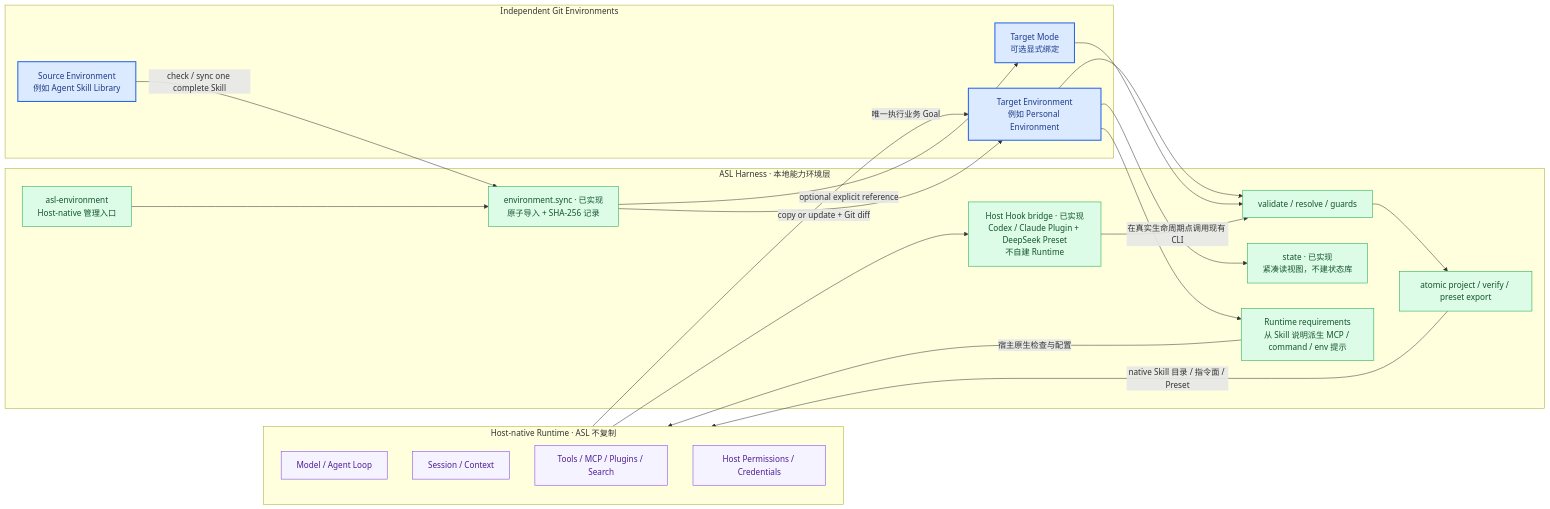
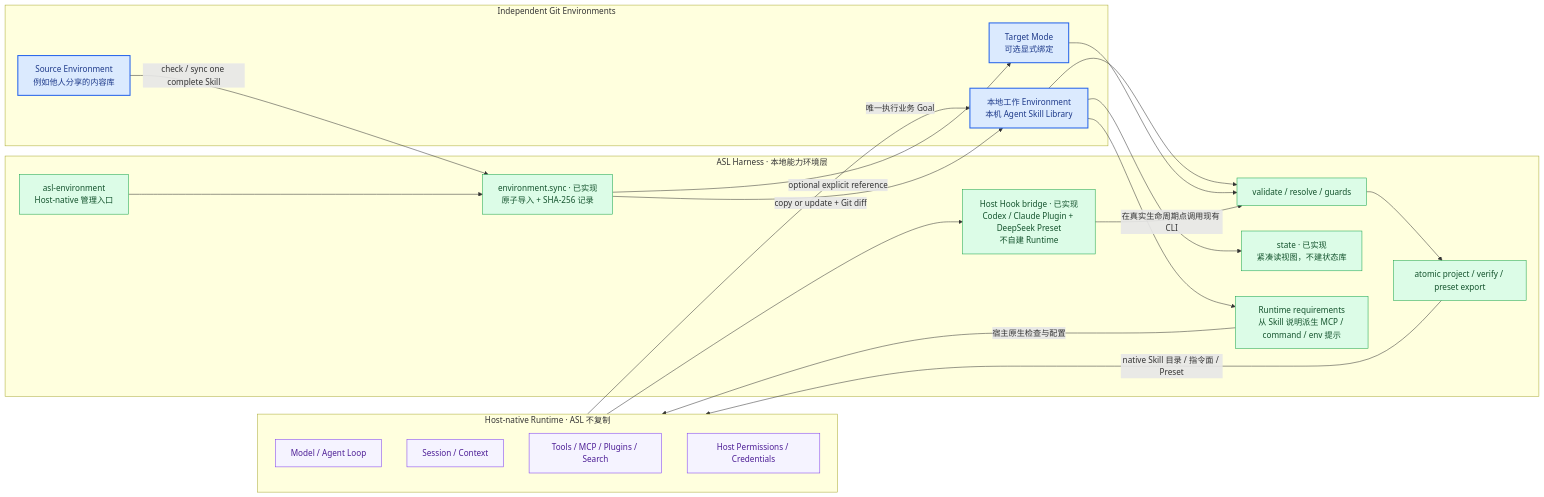
One commit to qihangzhang-272/asl-harness changed the diagram in docs/architecture/02b-runtime-sync.md. Above: the diagram before and after it, drawn with Mermaid. The commit also changed other lines of this file and 16 other files, not shown here.

````diff
--- a/docs/architecture/02b-runtime-sync.md
+++ b/docs/architecture/02b-runtime-sync.md
@@ -5,47 +5,47 @@
 ```mermaid
 flowchart LR
     subgraph HOST["Host-native Runtime · ASL 不复制"]
         LOOP["Model / Agent Loop"]
         SESSION["Session / Context"]
         TOOLS["Tools / MCP / Plugins / Search"]
         AUTH["Host Permissions / Credentials"]
     end
 
     subgraph ASL["ASL Harness · 本地能力环境层"]
         VALIDATE["validate / resolve / guards"]
         STATE["state · 已实现<br/>紧凑读视图，不建状态库"]
         SYNC["environment.sync · 已实现<br/>原子导入 + SHA-256 记录"]
         PROJECT["atomic project / verify / preset export"]
         NEEDS["Runtime requirements<br/>从 Skill 说明派生 MCP / command / env 提示"]
         HOOKS["Host Hook bridge · 已实现<br/>Codex / Claude Plugin + DeepSeek Preset<br/>不自建 Runtime"]
         STEWARD["asl-environment<br/>Host-native 管理入口"]
     end
 
     subgraph ENVS["Independent Git Environments"]
-        SOURCE["Source Environment<br/>例如 Agent Skill Library"]
-        TARGET["Target Environment<br/>例如 Personal Environment"]
+        SOURCE["Source Environment<br/>例如他人分享的内容库"]
+        TARGET["本地工作 Environment<br/>本机 Agent Skill Library"]
         MODE["Target Mode<br/>可选显式绑定"]
     end
 
     SOURCE -->|check / sync one complete Skill| SYNC
     SYNC -->|copy or update + Git diff| TARGET
     SYNC -->|optional explicit reference| MODE
     TARGET --> VALIDATE --> PROJECT
     TARGET --> STATE
     MODE --> VALIDATE
     STEWARD --> SYNC
     PROJECT -->|native Skill 目录 / 指令面 / Preset| HOST
     TARGET --> NEEDS
     NEEDS -->|宿主原生检查与配置| HOST
     HOOKS -->|在真实生命周期点调用现有 CLI| VALIDATE
     HOST --> HOOKS
     HOST -->|唯一执行业务 Goal| TARGET
 
     classDef native fill:#f5f3ff,stroke:#7c3aed,color:#4c1d95;
     classDef done fill:#dcfce7,stroke:#16a34a,color:#14532d;
     classDef optimize fill:#ffedd5,stroke:#ea580c,color:#7c2d12;
     classDef truth fill:#dbeafe,stroke:#2563eb,color:#1e3a8a,stroke-width:2px;
     class LOOP,SESSION,TOOLS,AUTH native;
     class VALIDATE,STATE,SYNC,PROJECT,NEEDS,STEWARD,HOOKS done;
     class SOURCE,TARGET,MODE truth;
 ```
````
